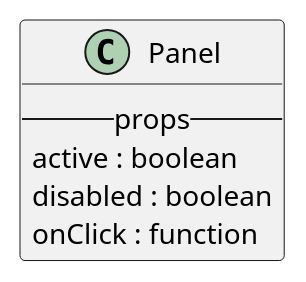
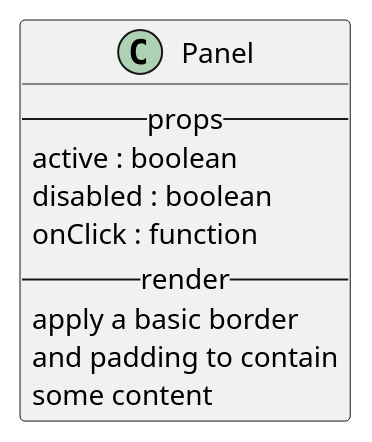
Before and after one commit to M9k/Marvin-Uml: the diagram in react/bootstrap/panel.iuml, drawn with PlantUML. The commit also changed 10 other files, not shown here.

```diff
--- a/react/bootstrap/panel.iuml
+++ b/react/bootstrap/panel.iuml
@@ -1,7 +1,11 @@
 class Panel{
   --props--
        active : boolean
        disabled : boolean
        onClick : function
+  --render--
+    apply a basic border
+    and padding to contain
+    some content
 }
 /'Questa è una prova 3'/
```
